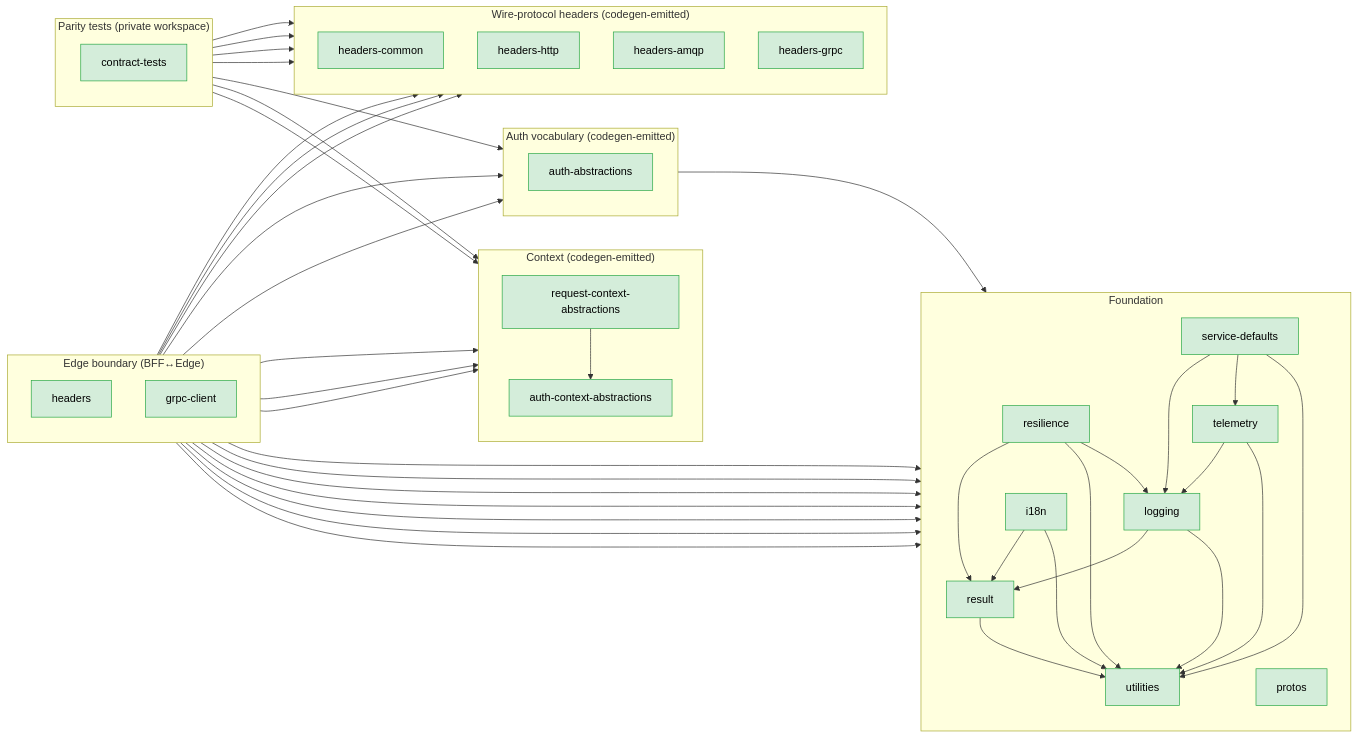
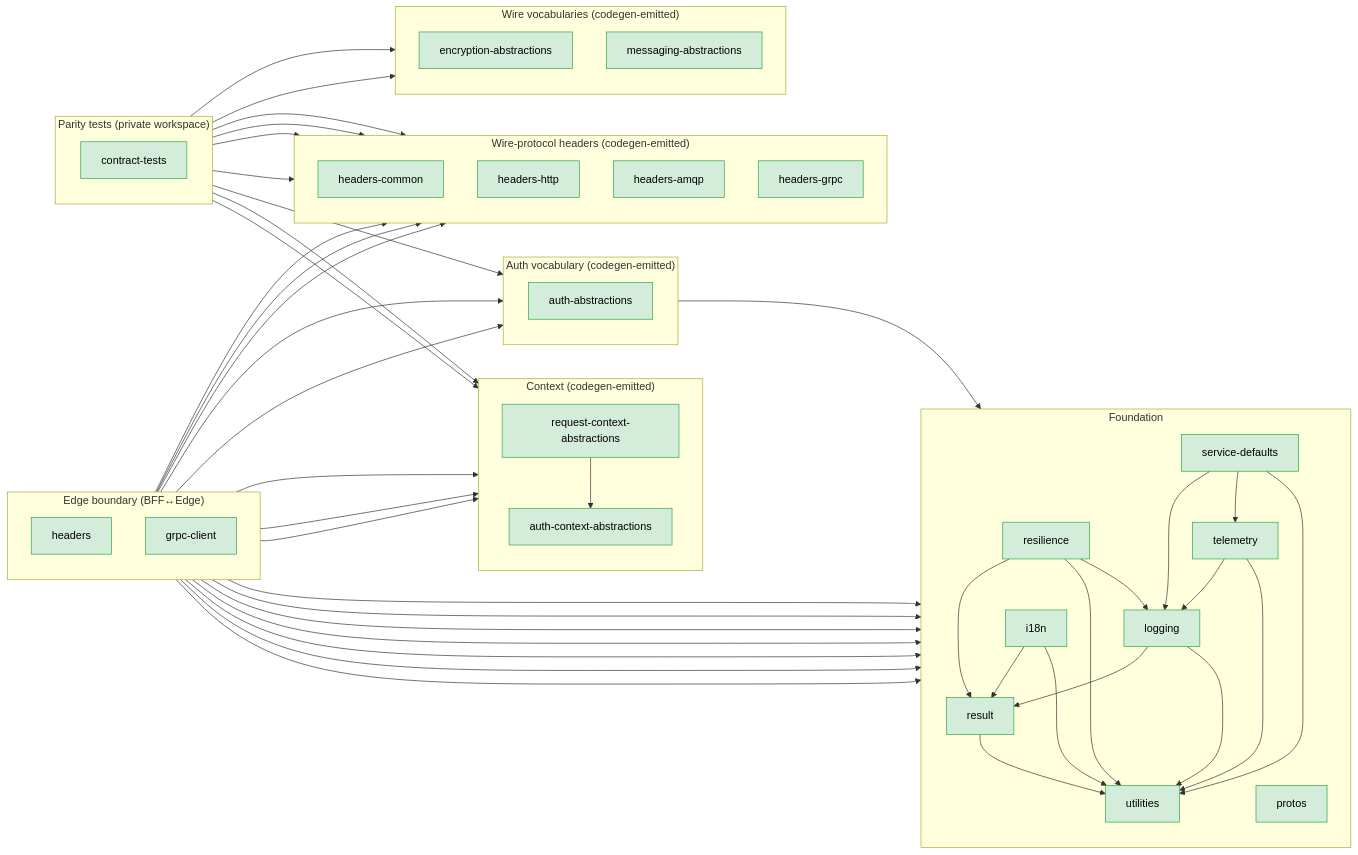
Before and after one commit to DSCV-io/D2-WORX: the diagram in server/shared/typescript/README.md, drawn with Mermaid. The commit also changed other lines of this file and 395 other files, not shown here.

````diff
--- a/server/shared/typescript/README.md
+++ b/server/shared/typescript/README.md
@@ -76,6 +78,12 @@
         HeadersGrpc[headers-grpc]
     end
 
+    subgraph WIRE["Wire vocabularies (codegen-emitted)"]
+        direction TB
+        EncryptionAbs[encryption-abstractions]
+        MessagingAbs[messaging-abstractions]
+    end
+
     subgraph BOUNDARY["Edge boundary (BFF↔Edge)"]
         direction TB
         Headers[headers]
@@ -110,6 +118,8 @@
         ContractTests --> HeadersHttp
         ContractTests --> HeadersAmqp
         ContractTests --> HeadersGrpc
+        ContractTests --> EncryptionAbs
+        ContractTests --> MessagingAbs
     end
 
     Result --> Utilities
@@ -126,5 +136,5 @@
     ServiceDefaults --> Telemetry
     ServiceDefaults --> Utilities
 
-    class Result,Utilities,Resilience,I18n,Logging,Telemetry,ServiceDefaults,Protos,AuthCtxAbs,ReqCtxAbs,AuthAbs,HeadersCommon,HeadersHttp,HeadersAmqp,HeadersGrpc,Headers,GrpcClient,ContractTests built
+    class Result,Utilities,Resilience,I18n,Logging,Telemetry,ServiceDefaults,Protos,AuthCtxAbs,ReqCtxAbs,AuthAbs,HeadersCommon,HeadersHttp,HeadersAmqp,HeadersGrpc,EncryptionAbs,MessagingAbs,Headers,GrpcClient,ContractTests built
 ```
````
